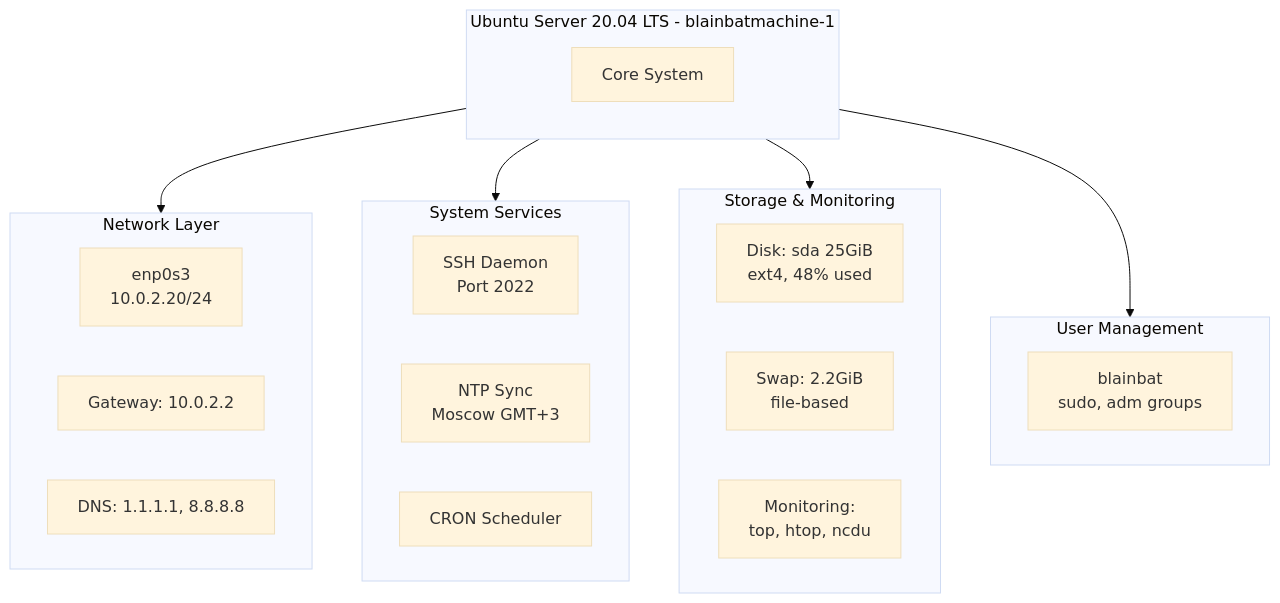
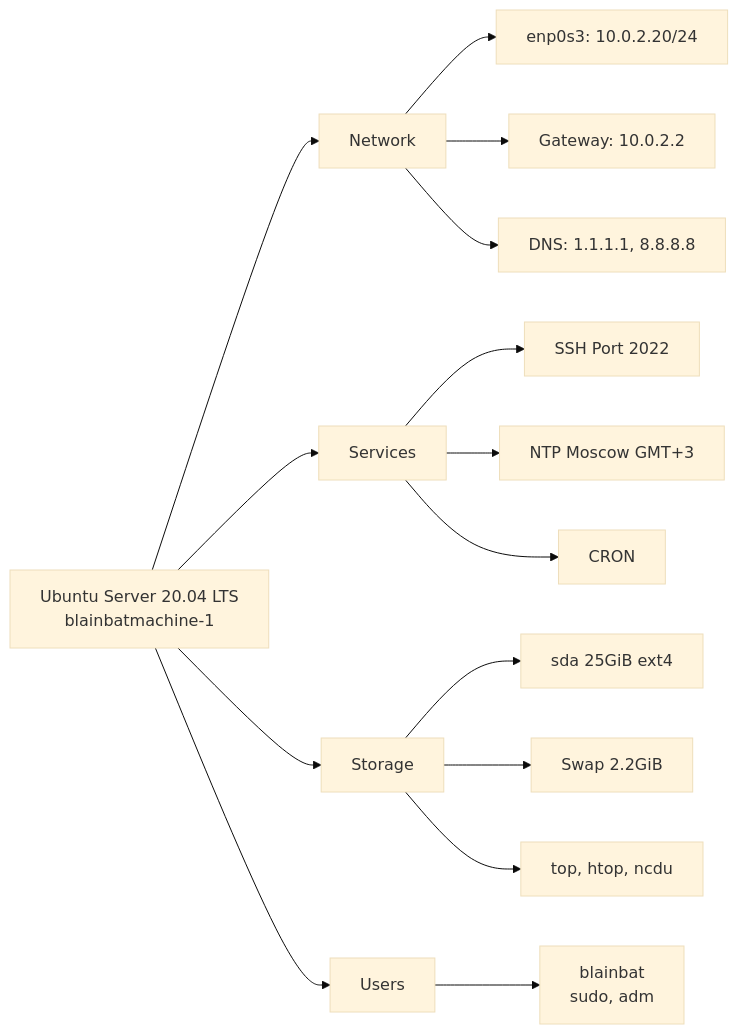
The diagram in readme.md (VoidChaser/Linux_Installation_ubuntu_20_04_lts), drawn with Mermaid (base theme) before and after one commit. The commit also changed other lines of this file, not shown here.

````diff
--- a/readme.md
+++ b/readme.md
@@ -35,34 +35,23 @@
 ```mermaid
-graph TB
-    subgraph System[Ubuntu Server 20.04 LTS - blainbatmachine-1]
-        direction TB
-        A[Core System]
-    end
+graph LR
+    A[Ubuntu Server 20.04 LTS<br/>blainbatmachine-1]
     
-    subgraph Network[Network Layer]
-        B[enp0s3<br/>10.0.2.20/24]
-        C[Gateway: 10.0.2.2]
-        D[DNS: 1.1.1.1, 8.8.8.8]
-    end
+    A --> B[Network]
+    A --> C[Services]
+    A --> D[Storage]
+    A --> E[Users]
     
-    subgraph Services[System Services]
-        E[SSH Daemon<br/>Port 2022]
-        F[NTP Sync<br/>Moscow GMT+3]
-        G[CRON Scheduler]
-    end
+    B --> B1[enp0s3: 10.0.2.20/24]
+    B --> B2[Gateway: 10.0.2.2]
+    B --> B3[DNS: 1.1.1.1, 8.8.8.8]
     
-    subgraph Storage[Storage & Monitoring]
-        H[Disk: sda 25GiB<br/>ext4, 48% used]
-        I[Swap: 2.2GiB<br/>file-based]
-        J[Monitoring:<br/>top, htop, ncdu]
-    end
+    C --> C1[SSH Port 2022]
+    C --> C2[NTP Moscow GMT+3]
+    C --> C3[CRON]
     
-    subgraph Users[User Management]
-        K[blainbat<br/>sudo, adm groups]
-    end
+    D --> D1[sda 25GiB ext4]
+    D --> D2[Swap 2.2GiB]
+    D --> D3[top, htop, ncdu]
     
-    A --> Network
-    A --> Services
-    A --> Storage
-    A --> Users
+    E --> E1[blainbat<br/>sudo, adm]
 ```
````
